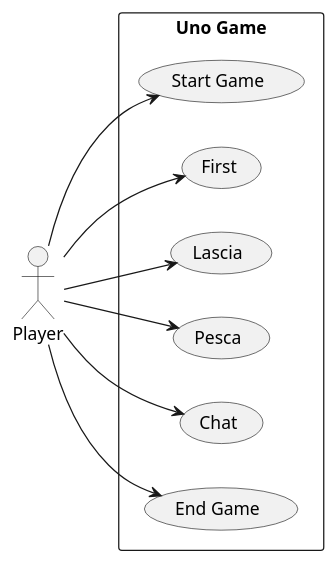
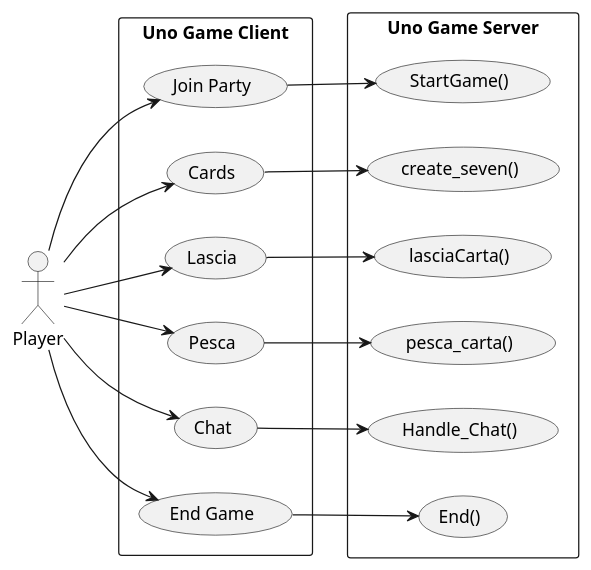
Before and after one commit to GemmaxDotto/UNO: the diagram in uno_nobuild/src/docs/uml/plantUml/usecase.puml, drawn with PlantUML. The commit also changed 4 other files, not shown here.

Commit message:
Add new classes and diagrams for Uno game implementation

```diff
--- a/uno_nobuild/src/docs/uml/plantUml/usecase.puml
+++ b/uno_nobuild/src/docs/uml/plantUml/usecase.puml
@@ -1,24 +1,43 @@
 @startuml
 
 left to right direction
 skinparam packageStyle rectangle
 
 actor Player as "Player"
 
-rectangle "Uno Game" {
-  usecase "Start Game" as start
-  usecase "First" as first
+rectangle "Uno Game Client" {
+  usecase "Join Party" as start
+  usecase "Cards" as cards
   usecase "Lascia" as playCard
   usecase "Pesca" as drawCard
   usecase "Chat" as chat
   usecase "End Game" as end
 
   Player --> start
-  Player --> first
+  Player --> cards
   Player --> playCard
   Player --> drawCard
   Player --> chat
   Player --> end
+
 }
 
+rectangle "Uno Game Server" {
+  usecase "StartGame()" as Go
+  usecase "create_seven()" as cardsServer
+  usecase "lasciaCarta()" as playCardServer
+  usecase "pesca_carta()" as drawCardServer
+  usecase "Handle_Chat()" as chatServer
+  usecase "End()" as endServer
+
+  start --> Go
+  cards --> cardsServer
+  playCard --> playCardServer
+  drawCard --> drawCardServer
+  chat --> chatServer
+  end --> endServer
+  
+}
+
+
 @enduml
```
